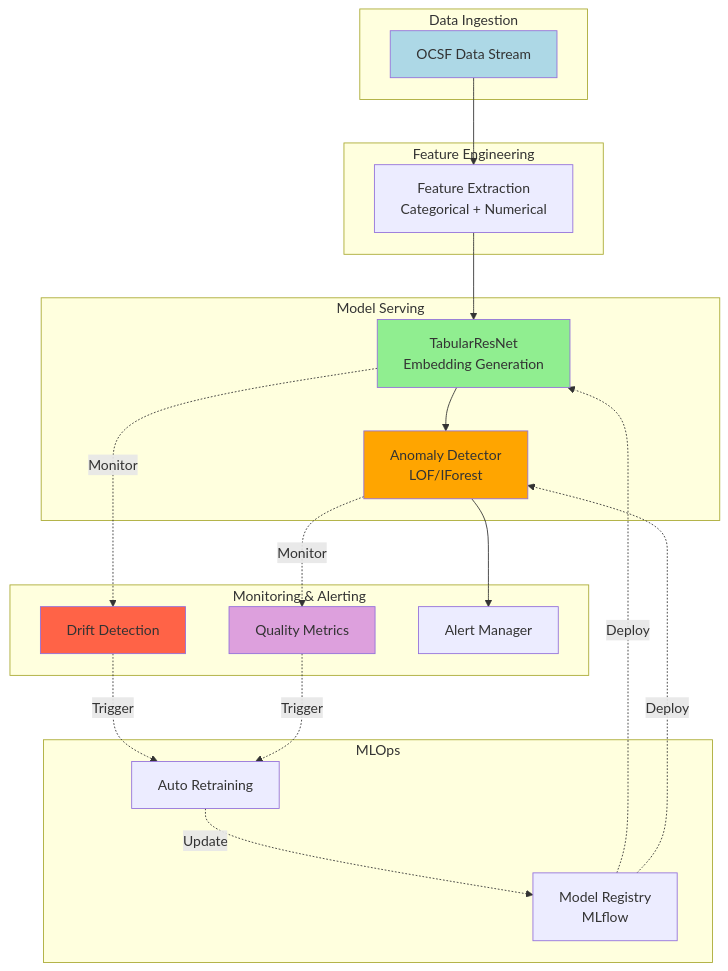
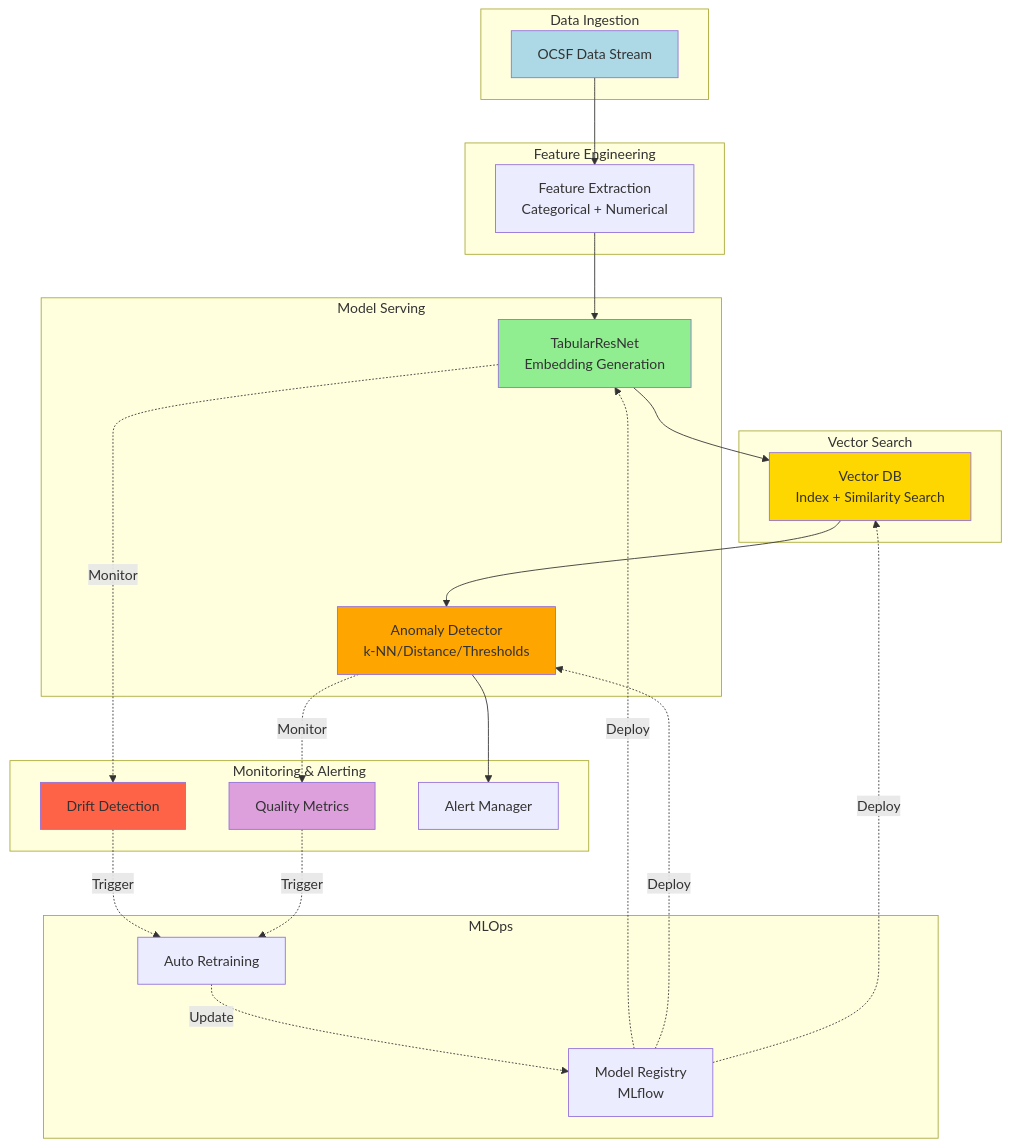
Before and after one commit to snowch/snowch.github.io: the diagram in ai-eng/embedding-anomaly-detection/index.md, drawn with Mermaid. The commit also changed other lines of this file and 2 other files, not shown here.

Commit message:
Clarify vector DB scaling and near real-time flow

````diff
--- a/ai-eng/embedding-anomaly-detection/index.md
+++ b/ai-eng/embedding-anomaly-detection/index.md
@@ -160,47 +161,54 @@
 ```{mermaid}
 graph TB
     subgraph "Data Ingestion"
         OCSF[OCSF Data Stream]
     end
 
     subgraph "Feature Engineering"
         Preprocessor[Feature Extraction<br/>Categorical + Numerical]
     end
 
+    subgraph "Vector Search"
+        VectorDB[Vector DB<br/>Index + Similarity Search]
+    end
+
     subgraph "Model Serving"
         Embedding[TabularResNet<br/>Embedding Generation]
-        Detector[Anomaly Detector<br/>LOF/IForest]
+        Detector[Anomaly Detector<br/>k-NN/Distance/Thresholds]
     end
 
     subgraph "Monitoring & Alerting"
         Drift[Drift Detection]
         Metrics[Quality Metrics]
         Alerts[Alert Manager]
     end
 
     subgraph "MLOps"
         Registry[Model Registry<br/>MLflow]
         Retraining[Auto Retraining]
     end
 
     OCSF --> Preprocessor
     Preprocessor --> Embedding
-    Embedding --> Detector
+    Embedding --> VectorDB
+    VectorDB --> Detector
     Detector --> Alerts
 
     Embedding -.Monitor.-> Drift
     Detector -.Monitor.-> Metrics
 
     Drift -.Trigger.-> Retraining
     Metrics -.Trigger.-> Retraining
 
     Retraining -.Update.-> Registry
     Registry -.Deploy.-> Embedding
     Registry -.Deploy.-> Detector
+    Registry -.Deploy.-> VectorDB
 
     style OCSF fill:#ADD8E6
     style Embedding fill:#90EE90
+    style VectorDB fill:#FFD700
     style Detector fill:#FFA500
     style Drift fill:#FF6347
     style Metrics fill:#DDA0DD
 ```
````
